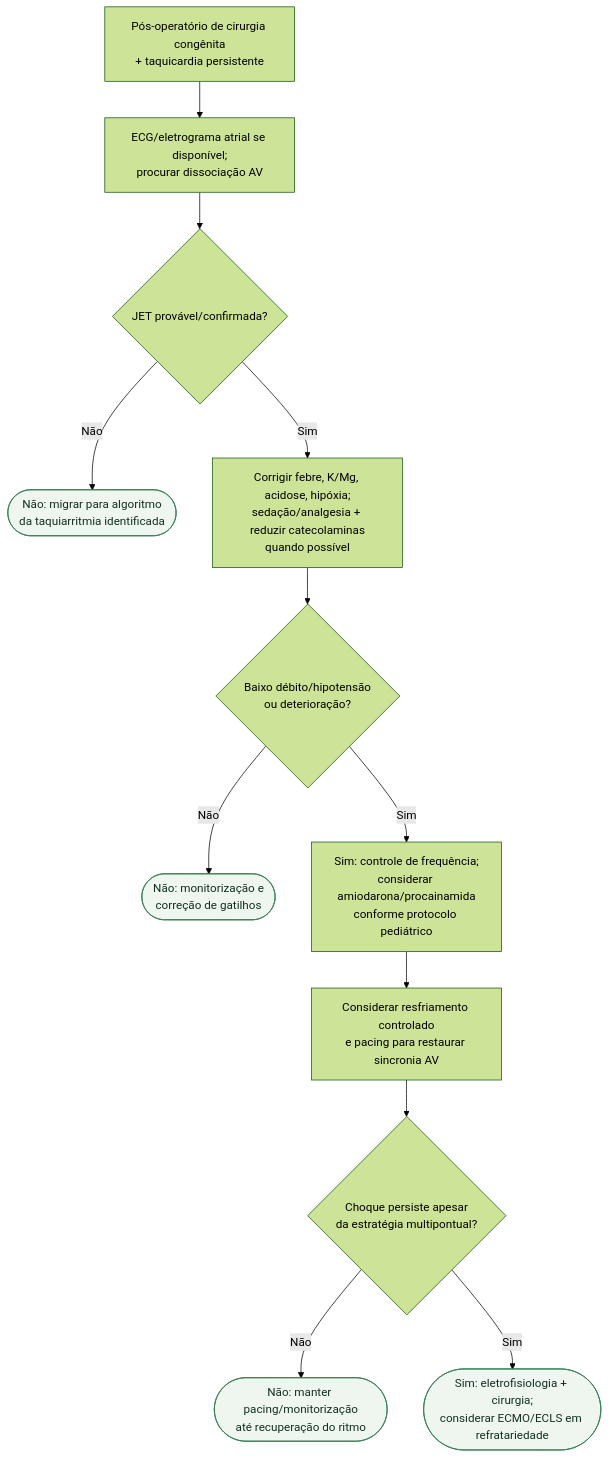
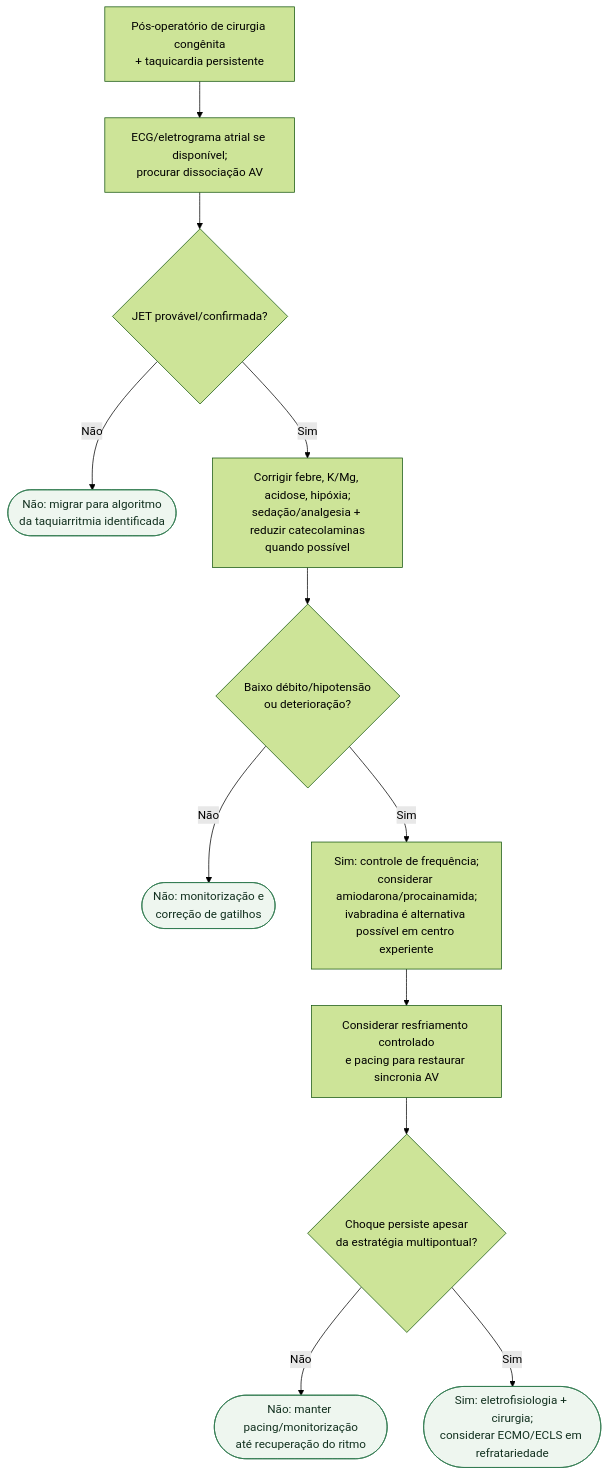
One commit to rafaelpaesmeirelles/MeuCardio changed the diagram in content/Cardiologia_pediátrica/fluxograma-taquicardia-juncional-ectopica-pos-operatoria-jet.md. Above: the diagram before and after it, drawn with Mermaid (forest theme). The commit also changed other lines of this file and 37 other files, not shown here.

````diff
--- a/content/Cardiologia_pediátrica/fluxograma-taquicardia-juncional-ectopica-pos-operatoria-jet.md
+++ b/content/Cardiologia_pediátrica/fluxograma-taquicardia-juncional-ectopica-pos-operatoria-jet.md
@@ -13,30 +16,30 @@
 ```mermaid
 flowchart TD
   R0["Pós-operatório de cirurgia congênita<br/>+ taquicardia persistente"]
   P1["ECG/eletrograma atrial se disponível;<br/>procurar dissociação AV"]
   D1{"JET provável/confirmada?"}
   C1(["Não: migrar para algoritmo<br/>da taquiarritmia identificada"])
   P2["Corrigir febre, K/Mg, acidose, hipóxia;<br/>sedação/analgesia + reduzir catecolaminas<br/>quando possível"]
   D2{"Baixo débito/hipotensão<br/>ou deterioração?"}
   C2(["Não: monitorização e<br/>correção de gatilhos"])
-  P3["Sim: controle de frequência;<br/>considerar amiodarona/procainamida<br/>conforme protocolo pediátrico"]
+  P3["Sim: controle de frequência;<br/>considerar amiodarona/procainamida;<br/>ivabradina é alternativa possível em centro experiente"]
   P4["Considerar resfriamento controlado<br/>e pacing para restaurar sincronia AV"]
   D3{"Choque persiste apesar<br/>da estratégia multipontual?"}
   C3(["Não: manter pacing/monitorização<br/>até recuperação do ritmo"])
   C4(["Sim: eletrofisiologia + cirurgia;<br/>considerar ECMO/ECLS em refratariedade"])
 
   R0 --> P1
   P1 --> D1
   D1 -->|"Não"| C1
   D1 -->|"Sim"| P2
   P2 --> D2
   D2 -->|"Não"| C2
   D2 -->|"Sim"| P3
   P3 --> P4
   P4 --> D3
   D3 -->|"Não"| C3
   D3 -->|"Sim"| C4
 
   classDef conduta fill:#eef6ef,stroke:#2f7a4f,color:#12301f;
   class C1,C2,C3,C4 conduta;
 ```
````
